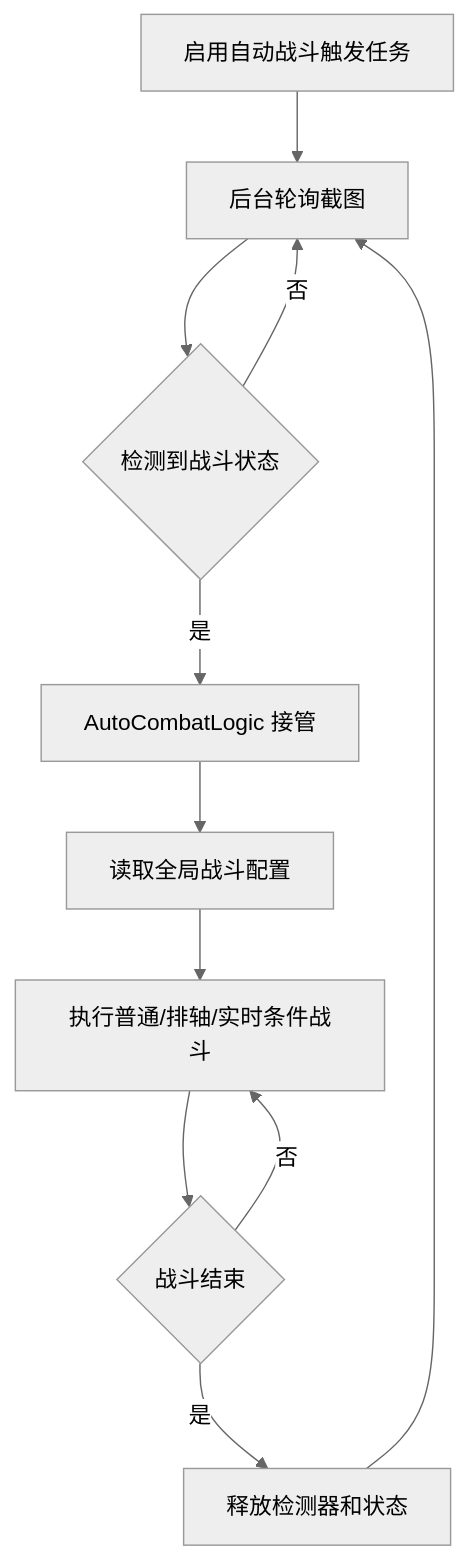
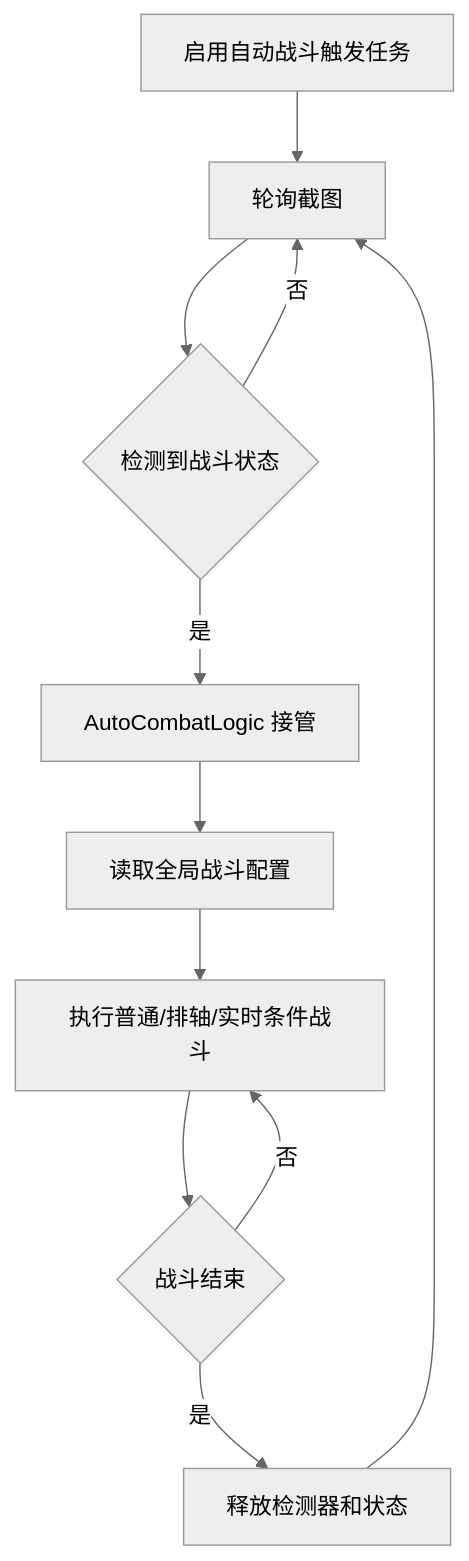
The diagram in docs/zh-CN/自动战斗.md (AliceJump/ok-end-field), drawn with Mermaid (neutral theme) before and after one commit. The commit also changed other lines of this file and 38 other files, not shown here.

````diff
--- a/docs/zh-CN/自动战斗.md
+++ b/docs/zh-CN/自动战斗.md
@@ -13,13 +13,13 @@
 ```mermaid
 flowchart TD
-    A[启用自动战斗触发任务] --> B[后台轮询截图]
+    A[启用自动战斗触发任务] --> B[轮询截图]
     B --> C{检测到战斗状态}
     C -->|否| B
     C -->|是| D[AutoCombatLogic 接管]
     D --> E[读取全局战斗配置]
     E --> F[执行普通/排轴/实时条件战斗]
     F --> G{战斗结束}
     G -->|否| F
     G -->|是| H[释放检测器和状态]
     H --> B
 ```
````
